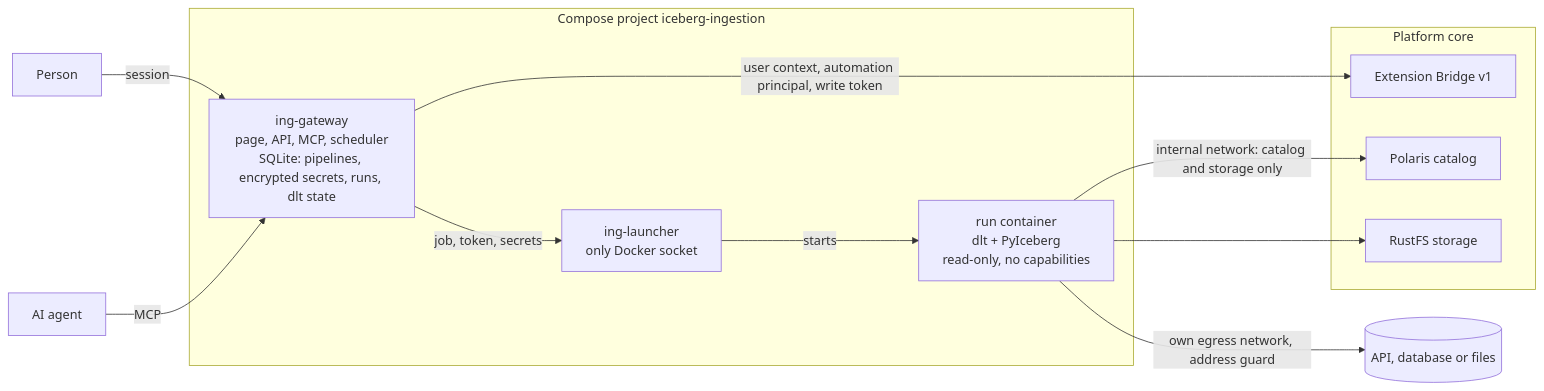
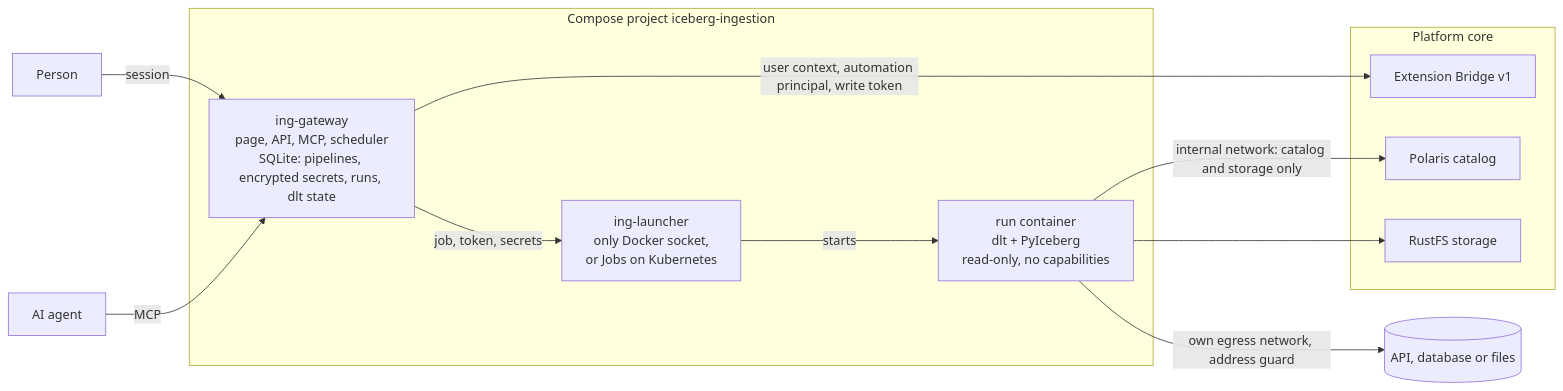
Before and after one commit to sanderdw/iceberg-data-platform: the diagram in docs/develop/ingestion.md, drawn with Mermaid. The commit also changed other lines of this file and 238 other files, not shown here.

````diff
--- a/docs/develop/ingestion.md
+++ b/docs/develop/ingestion.md
@@ -13,22 +13,22 @@
 ```mermaid
 flowchart LR
     Person[Person] -->|session| GW
     Agent[AI agent] -->|MCP| GW
     subgraph Ext[Compose project iceberg-ingestion]
         GW[ing-gateway<br/>page, API, MCP, scheduler<br/>SQLite: pipelines, encrypted secrets, runs, dlt state]
-        L[ing-launcher<br/>only Docker socket]
+        L[ing-launcher<br/>only Docker socket,<br/>or Jobs on Kubernetes]
         R[run container<br/>dlt + PyIceberg<br/>read-only, no capabilities]
     end
     subgraph Core[Platform core]
         Bridge[Extension Bridge v1]
         Polaris[Polaris catalog]
         S3[RustFS storage]
     end
     Source[(API, database or files)]
     GW -->|user context, automation principal, write token| Bridge
     GW -->|job, token, secrets| L
     L -->|starts| R
     R -->|internal network: catalog and storage only| Polaris
     R --> S3
     R -->|own egress network, address guard| Source
 ```
````
